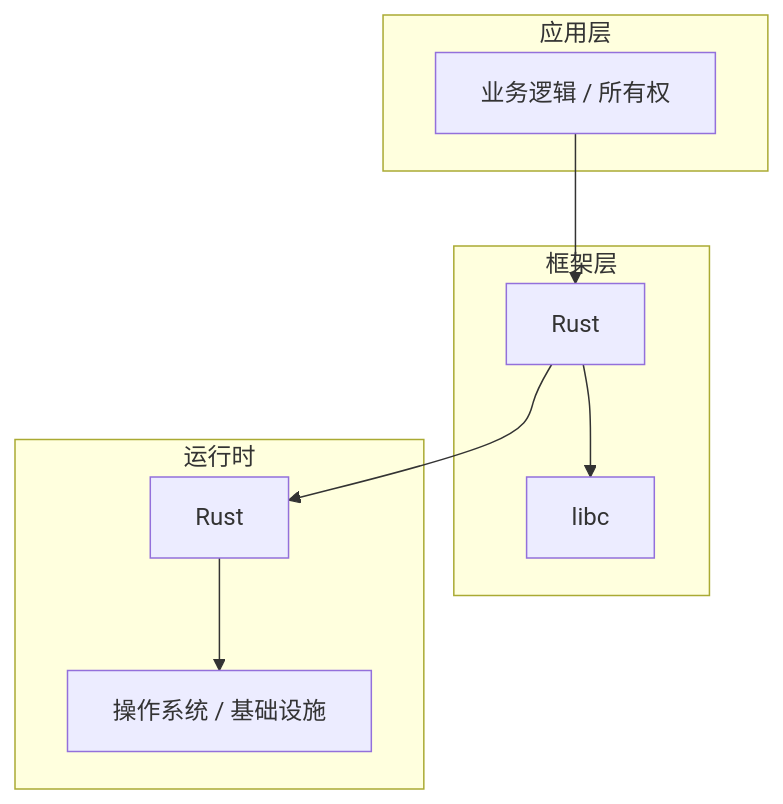
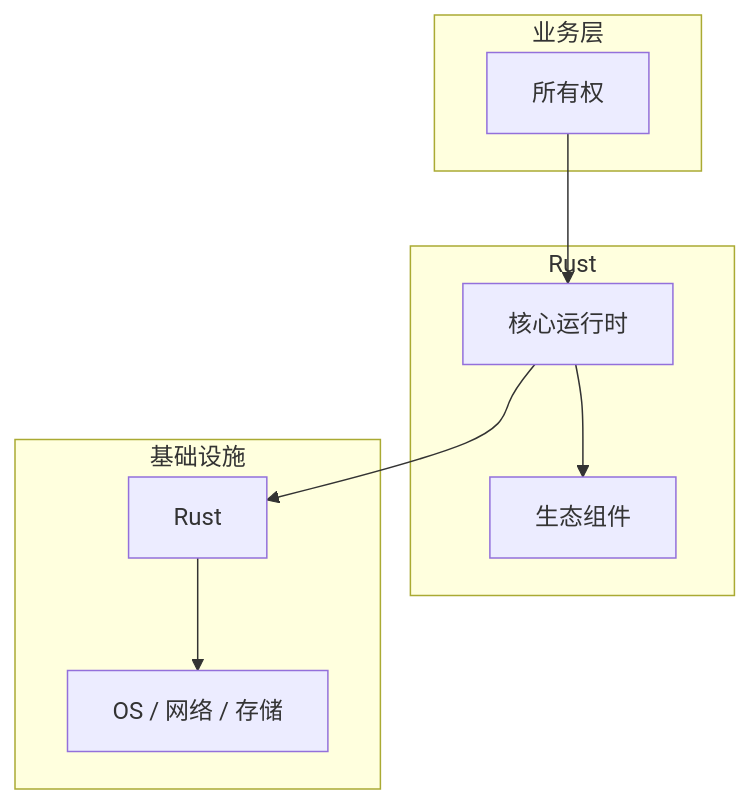
One commit to yanggan2015/knowledge-json-v2 changed the diagram in articles/Rust系统编程/chapters/011-所有权核心概念与原理.md. Above: the diagram before and after it, drawn with Mermaid. The commit also changed other lines of this file and 10127 other files, not shown here.

````diff
--- a/articles/Rust系统编程/chapters/011-所有权核心概念与原理.md
+++ b/articles/Rust系统编程/chapters/011-所有权核心概念与原理.md
@@ -45,18 +30,18 @@
 ```mermaid
 graph TB
-    subgraph 应用层
-        A[业务逻辑 / 所有权]
+    subgraph 业务层
+        A[所有权]
     end
-    subgraph 框架层
-        B[Rust]
-        C[libc]
+    subgraph Rust
+        B[核心运行时]
+        C[生态组件]
     end
-    subgraph 运行时
+    subgraph 基础设施
         D[Rust]
-        E[操作系统 / 基础设施]
+        E[OS / 网络 / 存储]
     end
     A --> B
     B --> C
     B --> D
     D --> E
 ```
````
